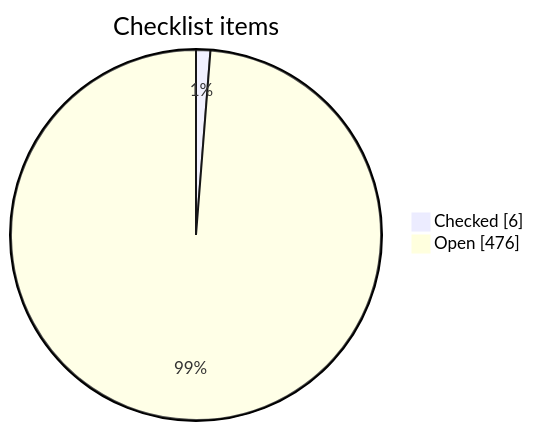
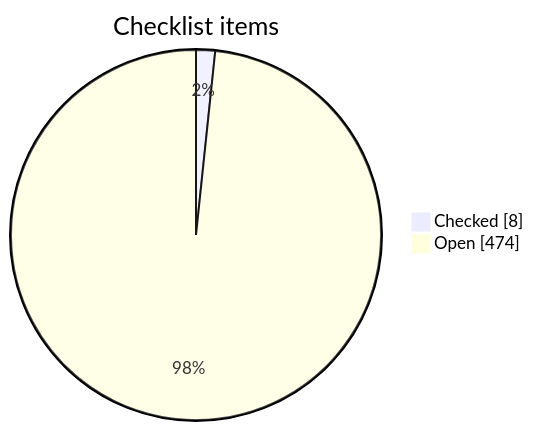
The first of 3 diagrams in learning_plan/PROGRESS.md (konradporeba/agents_learning), drawn with Mermaid before and after one commit. The commit also changed other lines of this file and 11 other files, not shown here.

````diff
--- a/learning_plan/PROGRESS.md
+++ b/learning_plan/PROGRESS.md
@@ -9,6 +9,6 @@
 ```mermaid
 pie showData
     title Checklist items
-    "Checked" : 6
-    "Open" : 476
+    "Checked" : 8
+    "Open" : 474
 ```
````
